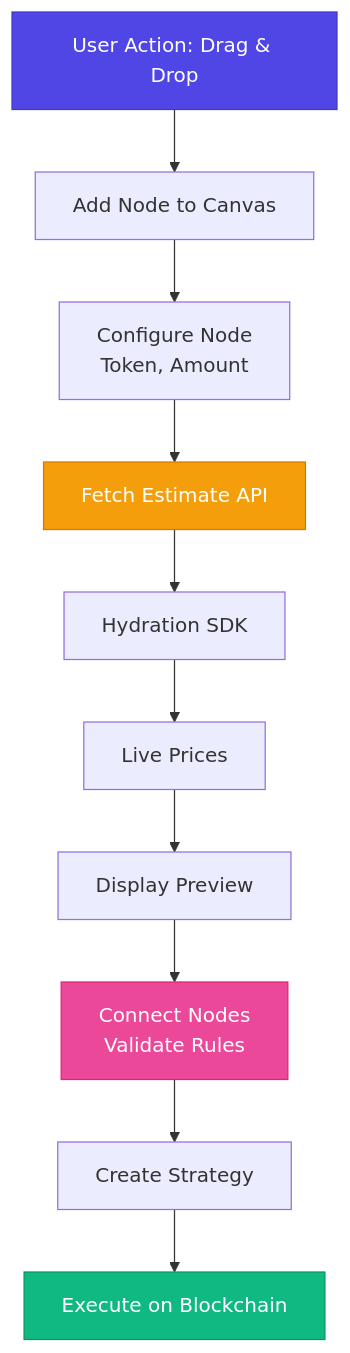
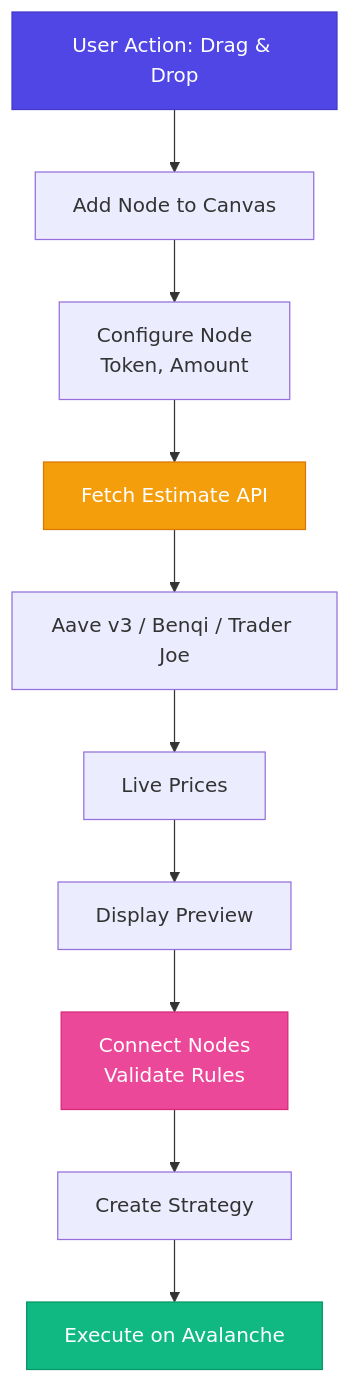
Before and after one commit to Tizun71/OceanFin: the second of 3 diagrams in README.md, drawn with Mermaid. The commit also changed other lines of this file, not shown here.

````diff
--- a/README.md
+++ b/README.md
@@ -144,17 +144,17 @@
 ```mermaid
 graph TD
     A[User Action: Drag & Drop] --> B[Add Node to Canvas]
     B --> C[Configure Node<br/>Token, Amount]
     C --> D[Fetch Estimate API]
-    D --> E[Hydration SDK]
+    D --> E[Aave v3 / Benqi / Trader Joe]
     E --> F[Live Prices]
     F --> G[Display Preview]
     G --> H[Connect Nodes<br/>Validate Rules]
     H --> I[Create Strategy]
-    I --> J[Execute on Blockchain]
-    
+    I --> J[Execute on Avalanche]
+
     style A fill:#4f46e5,stroke:#4338ca,color:#fff
     style J fill:#10b981,stroke:#059669,color:#fff
     style D fill:#f59e0b,stroke:#d97706,color:#fff
     style H fill:#ec4899,stroke:#db2777,color:#fff
 ```
````
